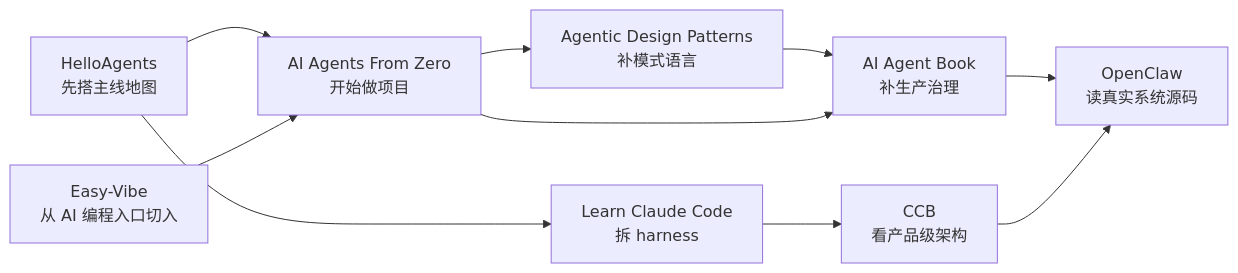
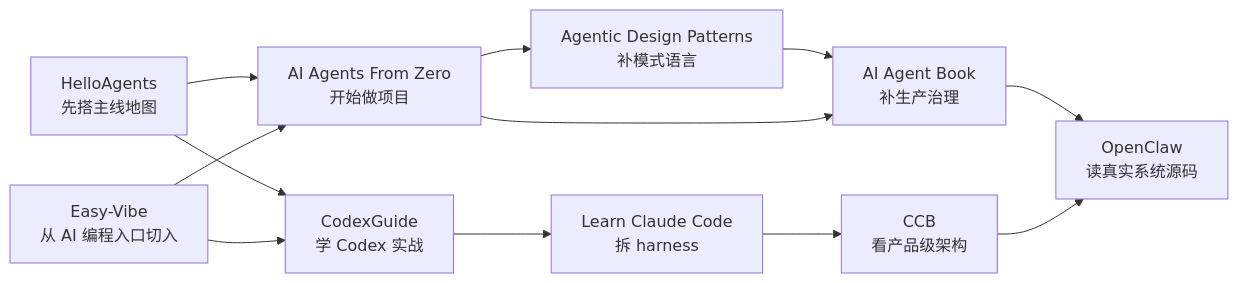
The diagram in docs/resources/index.md (xiaomingtx12/nice-ai-agent-study-resources), drawn with Mermaid before and after one commit. The commit also changed other lines of this file and 7 other files, not shown here.

First line of the commit message:
feat(docs): 添加 CodexGuide 资源支持

````diff
--- a/docs/resources/index.md
+++ b/docs/resources/index.md
@@ -23,21 +23,24 @@
 ```mermaid
 flowchart LR
   H["HelloAgents<br/>先搭主线地图"]
   Z["AI Agents From Zero<br/>开始做项目"]
   E["Easy-Vibe<br/>从 AI 编程入口切入"]
+  G["CodexGuide<br/>学 Codex 实战"]
   L["Learn Claude Code<br/>拆 harness"]
   C["CCB<br/>看产品级架构"]
   A["Agentic Design Patterns<br/>补模式语言"]
   B["AI Agent Book<br/>补生产治理"]
   O["OpenClaw<br/>读真实系统源码"]
 
   H --> Z
-  H --> L
   E --> Z
+  H --> G
+  E --> G
+  G --> L
   L --> C
   Z --> A
   A --> B
   Z --> B
   B --> O
   C --> O
 ```
````
